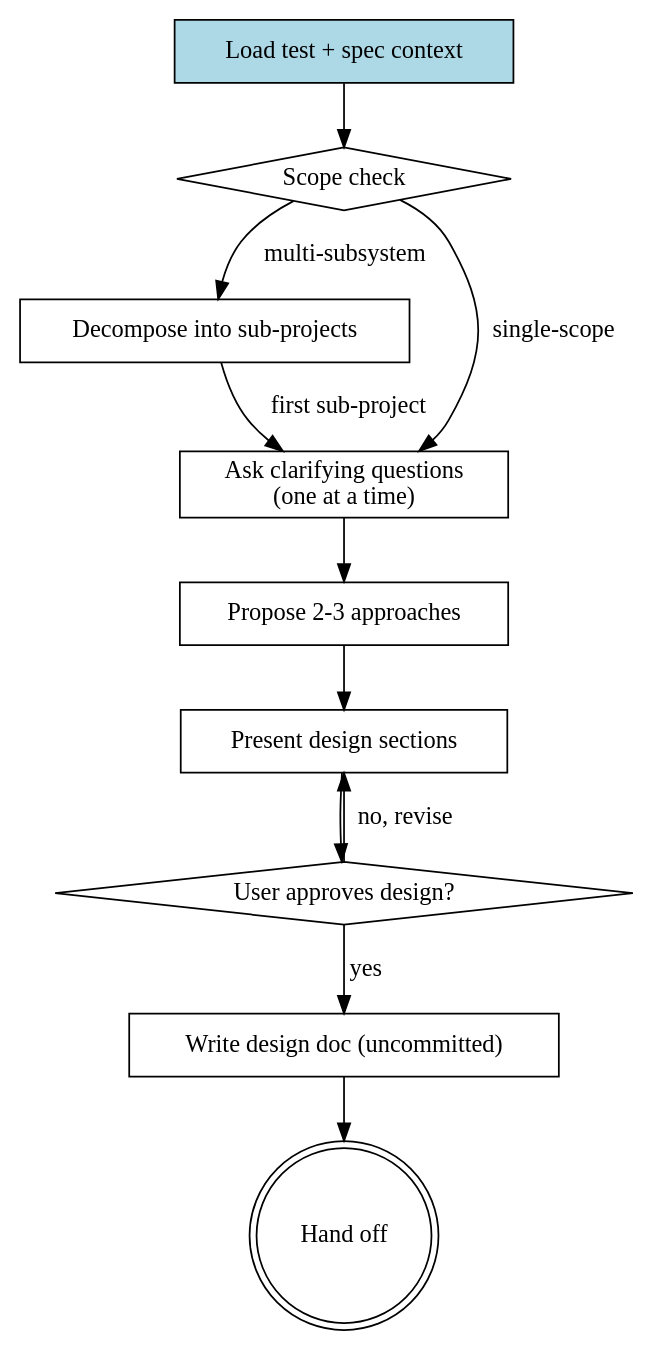
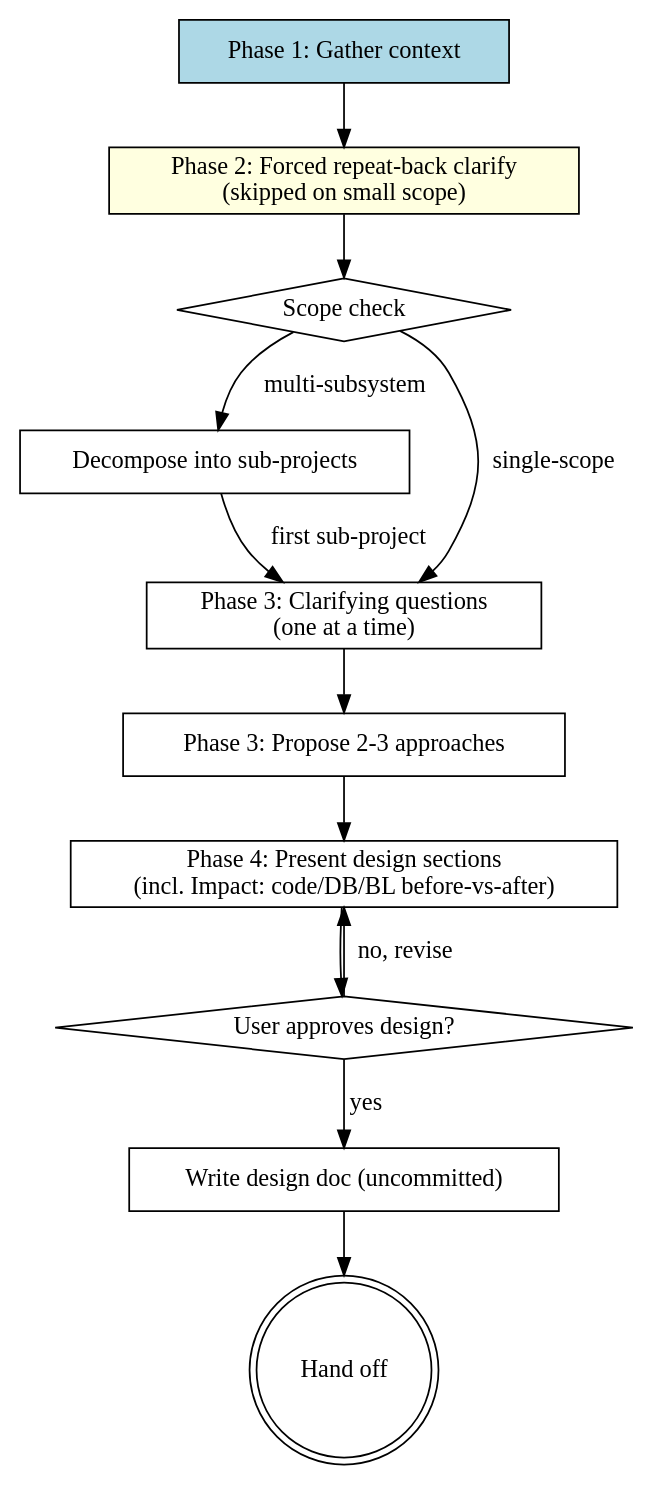
Before and after one commit to pandaworks-software-plt/pandahrms-skills: the diagram in skills/design-refinement/SKILL.md, drawn with Graphviz. The commit also changed other lines of this file and 3 other files, not shown here.

````diff
--- a/skills/design-refinement/SKILL.md
+++ b/skills/design-refinement/SKILL.md
@@ -94,24 +101,26 @@
 ```dot
 digraph design {
-    "Load test + spec context" [shape=box, style=filled, fillcolor=lightblue];
+    "Phase 1: Gather context" [shape=box, style=filled, fillcolor=lightblue];
+    "Phase 2: Forced repeat-back clarify\n(skipped on small scope)" [shape=box, style=filled, fillcolor=lightyellow];
     "Scope check" [shape=diamond];
     "Decompose into sub-projects" [shape=box];
-    "Ask clarifying questions\n(one at a time)" [shape=box];
-    "Propose 2-3 approaches" [shape=box];
-    "Present design sections" [shape=box];
+    "Phase 3: Clarifying questions\n(one at a time)" [shape=box];
+    "Phase 3: Propose 2-3 approaches" [shape=box];
+    "Phase 4: Present design sections\n(incl. Impact: code/DB/BL before-vs-after)" [shape=box];
     "User approves design?" [shape=diamond];
     "Write design doc (uncommitted)" [shape=box];
     "Hand off" [shape=doublecircle];
 
-    "Load test + spec context" -> "Scope check";
+    "Phase 1: Gather context" -> "Phase 2: Forced repeat-back clarify\n(skipped on small scope)";
+    "Phase 2: Forced repeat-back clarify\n(skipped on small scope)" -> "Scope check";
     "Scope check" -> "Decompose into sub-projects" [label="multi-subsystem"];
-    "Decompose into sub-projects" -> "Ask clarifying questions\n(one at a time)" [label="first sub-project"];
-    "Scope check" -> "Ask clarifying questions\n(one at a time)" [label="single-scope"];
-    "Ask clarifying questions\n(one at a time)" -> "Propose 2-3 approaches";
-    "Propose 2-3 approaches" -> "Present design sections";
-    "Present design sections" -> "User approves design?";
-    "User approves design?" -> "Present design sections" [label="no, revise"];
+    "Decompose into sub-projects" -> "Phase 3: Clarifying questions\n(one at a time)" [label="first sub-project"];
+    "Scope check" -> "Phase 3: Clarifying questions\n(one at a time)" [label="single-scope"];
+    "Phase 3: Clarifying questions\n(one at a time)" -> "Phase 3: Propose 2-3 approaches";
+    "Phase 3: Propose 2-3 approaches" -> "Phase 4: Present design sections\n(incl. Impact: code/DB/BL before-vs-after)";
+    "Phase 4: Present design sections\n(incl. Impact: code/DB/BL before-vs-after)" -> "User approves design?";
+    "User approves design?" -> "Phase 4: Present design sections\n(incl. Impact: code/DB/BL before-vs-after)" [label="no, revise"];
     "User approves design?" -> "Write design doc (uncommitted)" [label="yes"];
     "Write design doc (uncommitted)" -> "Hand off";
 }
 ```
````
